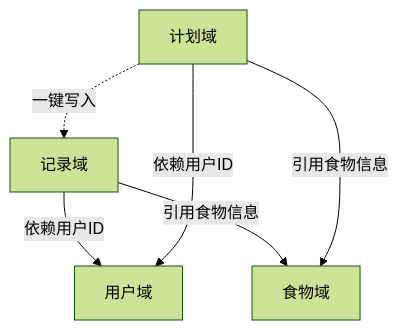
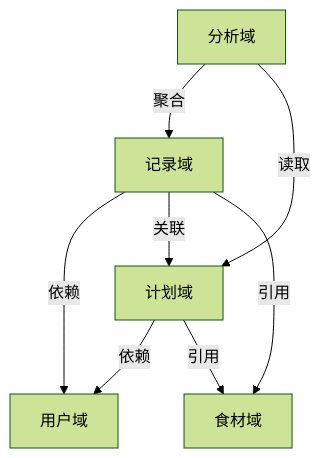
Before and after one commit to luoluodian/gemini_fit_cycle: the diagram in docs/pj_docs/01_需求模块化方案.md, drawn with Mermaid (forest theme). The commit also changed other lines of this file and 119 other files, not shown here.

````diff
--- a/docs/pj_docs/01_需求模块化方案.md
+++ b/docs/pj_docs/01_需求模块化方案.md
@@ -57,17 +19,16 @@
 ```mermaid
 graph TD
     User[用户域]
-    Food[食物域]
-    Log[记录域]
     Plan[计划域]
+    Food[食材域]
+    Record[记录域]
+    Analysis[分析域]
 
-    %% 依赖关系
-    Log -->|依赖用户ID| User
-    Log -->|引用食物信息| Food
-    
-    Plan -->|依赖用户ID| User
-    Plan -->|引用食物信息| Food
-    
-    %% 交互
-    Plan -.->|一键写入| Log
+    Plan -->|依赖| User
+    Plan -->|引用| Food
+    Record -->|依赖| User
+    Record -->|关联| Plan
+    Record -->|引用| Food
+    Analysis -->|聚合| Record
+    Analysis -->|读取| Plan
 ```
````
